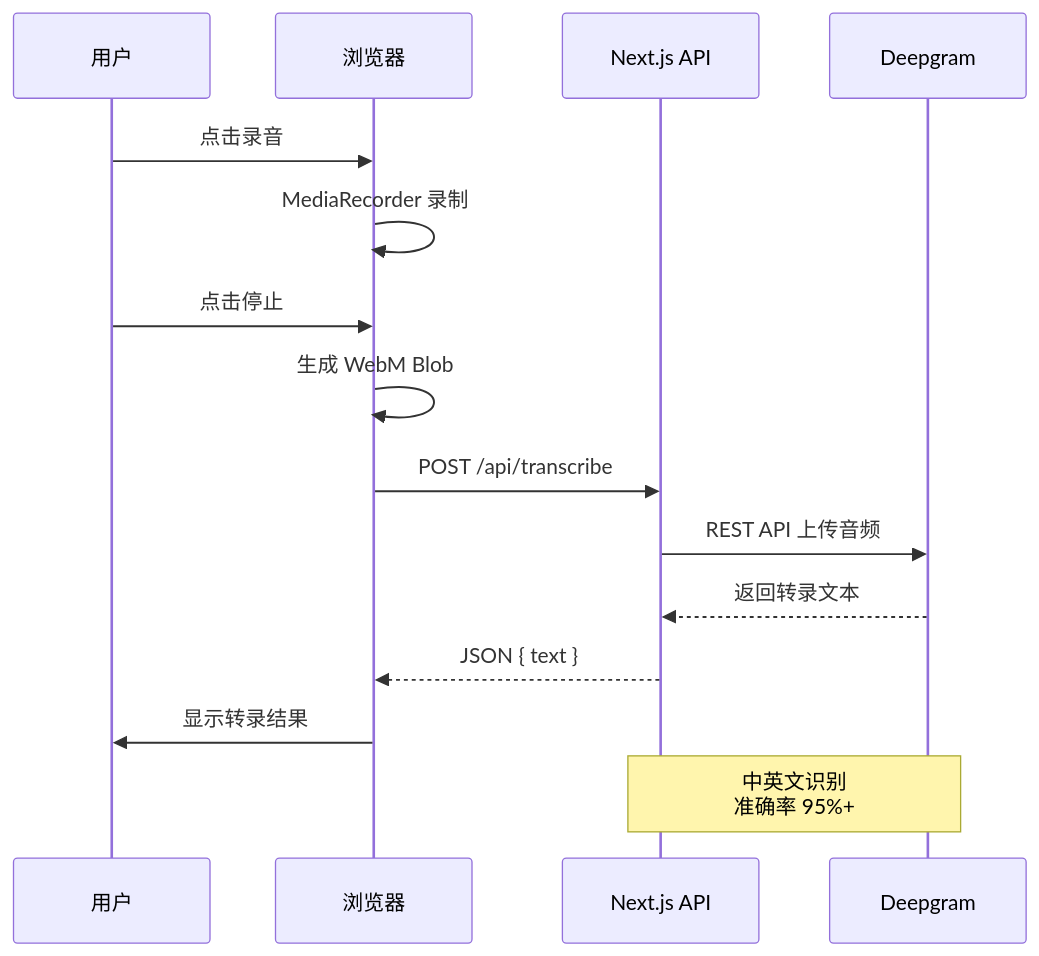
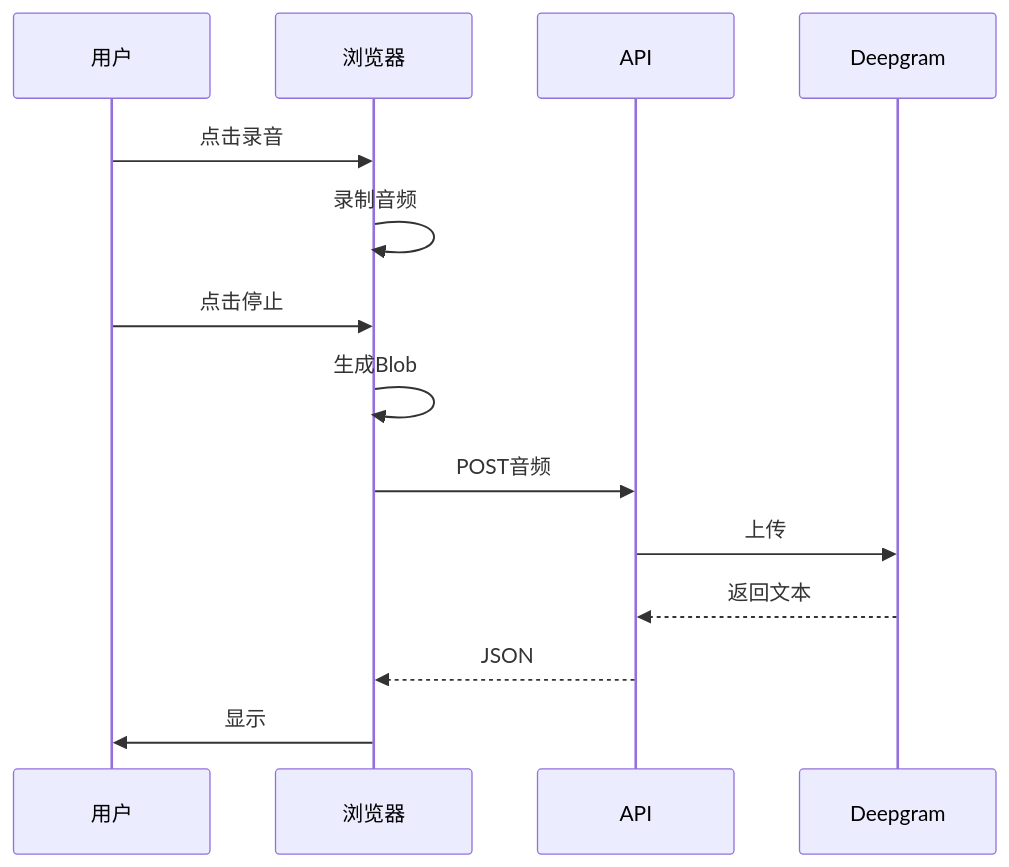
The third of 6 diagrams in README.md (Trade-Offf/QuizPort), drawn with Mermaid before and after one commit. The commit also changed other lines of this file, not shown here.

````diff
--- a/README.md
+++ b/README.md
@@ -173,19 +163,17 @@
 ```mermaid
 sequenceDiagram
     participant U as 用户
     participant B as 浏览器
-    participant API as Next.js API
+    participant API as API
     participant D as Deepgram
-    
+
     U->>B: 点击录音
-    B->>B: MediaRecorder 录制
+    B->>B: 录制音频
     U->>B: 点击停止
-    B->>B: 生成 WebM Blob
-    B->>API: POST /api/transcribe
-    API->>D: REST API 上传音频
-    D-->>API: 返回转录文本
-    API-->>B: JSON { text }
-    B->>U: 显示转录结果
-    
-    Note over API,D: 中英文识别<br/>准确率 95%+
+    B->>B: 生成Blob
+    B->>API: POST音频
+    API->>D: 上传
+    D-->>API: 返回文本
+    API-->>B: JSON
+    B->>U: 显示
 ```
````
